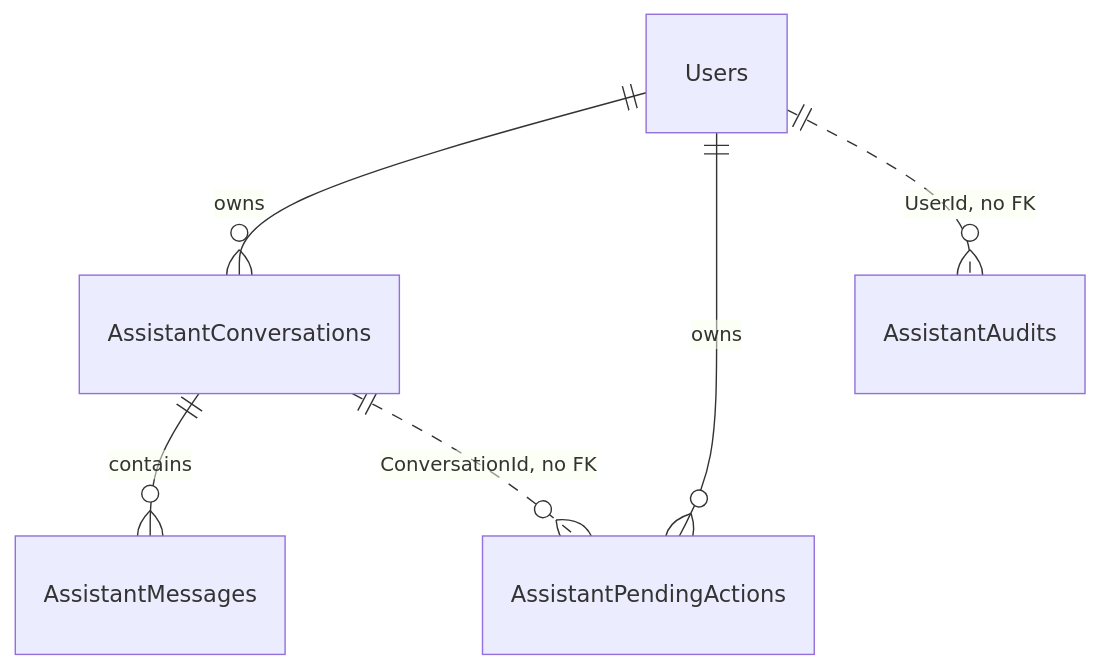
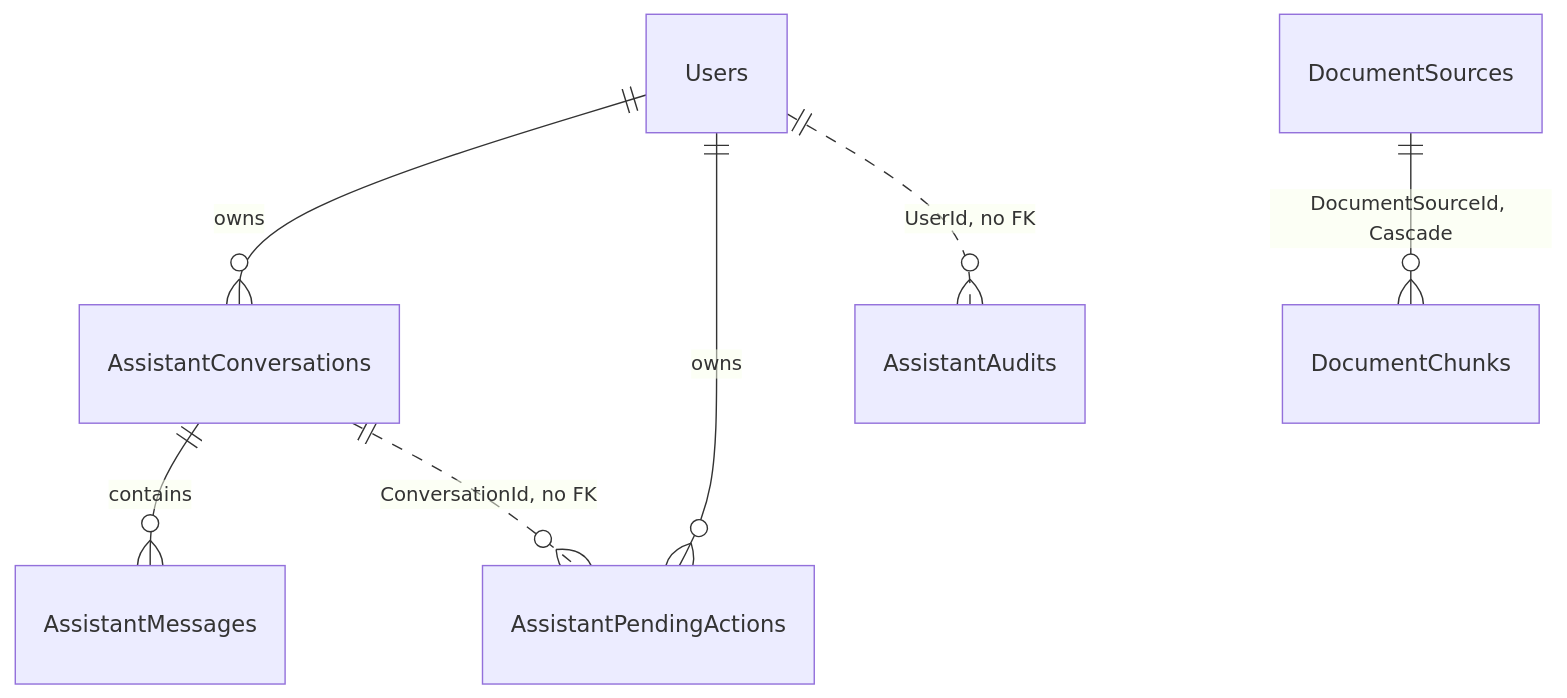
Diagram 14 of 14 in TF - Documents/TF - LLD/08-TFA-Assistant/08.1-Assistant/LLD-Assistant.md (jojogeorge3344/TaskFlow-Project), drawn with Mermaid before and after one commit. The commit also changed other lines of this file and 123 other files, not shown here.

````diff
--- a/TF - Documents/TF - LLD/08-TFA-Assistant/08.1-Assistant/LLD-Assistant.md
+++ b/TF - Documents/TF - LLD/08-TFA-Assistant/08.1-Assistant/LLD-Assistant.md
@@ -899,8 +1058,9 @@
 ```mermaid
 erDiagram
   Users ||--o{ AssistantConversations : owns
   AssistantConversations ||--o{ AssistantMessages : contains
   Users ||--o{ AssistantPendingActions : owns
   Users ||..o{ AssistantAudits : "UserId, no FK"
   AssistantConversations ||..o{ AssistantPendingActions : "ConversationId, no FK"
+  DocumentSources ||--o{ DocumentChunks : "DocumentSourceId, Cascade"
 ```
````
